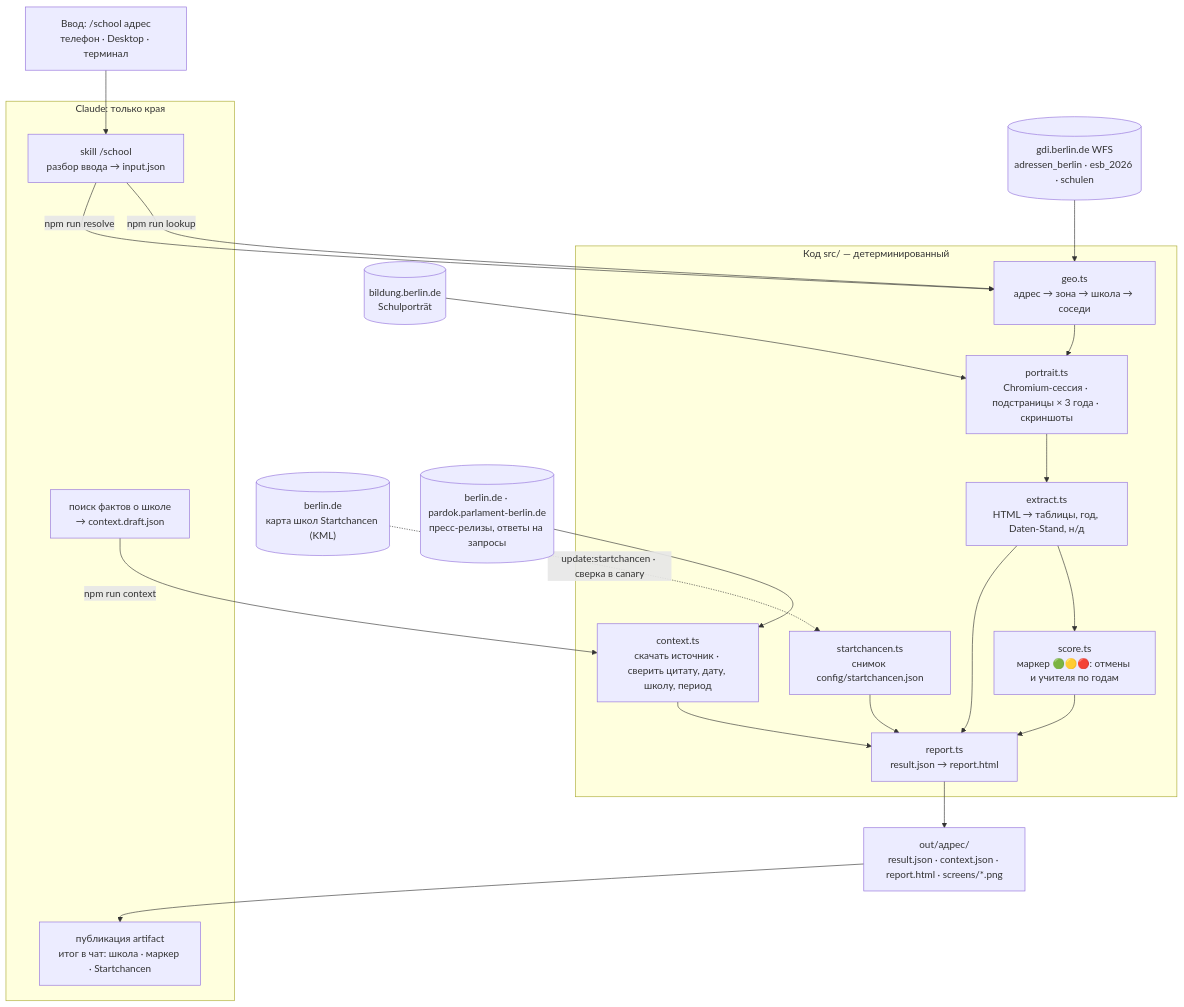
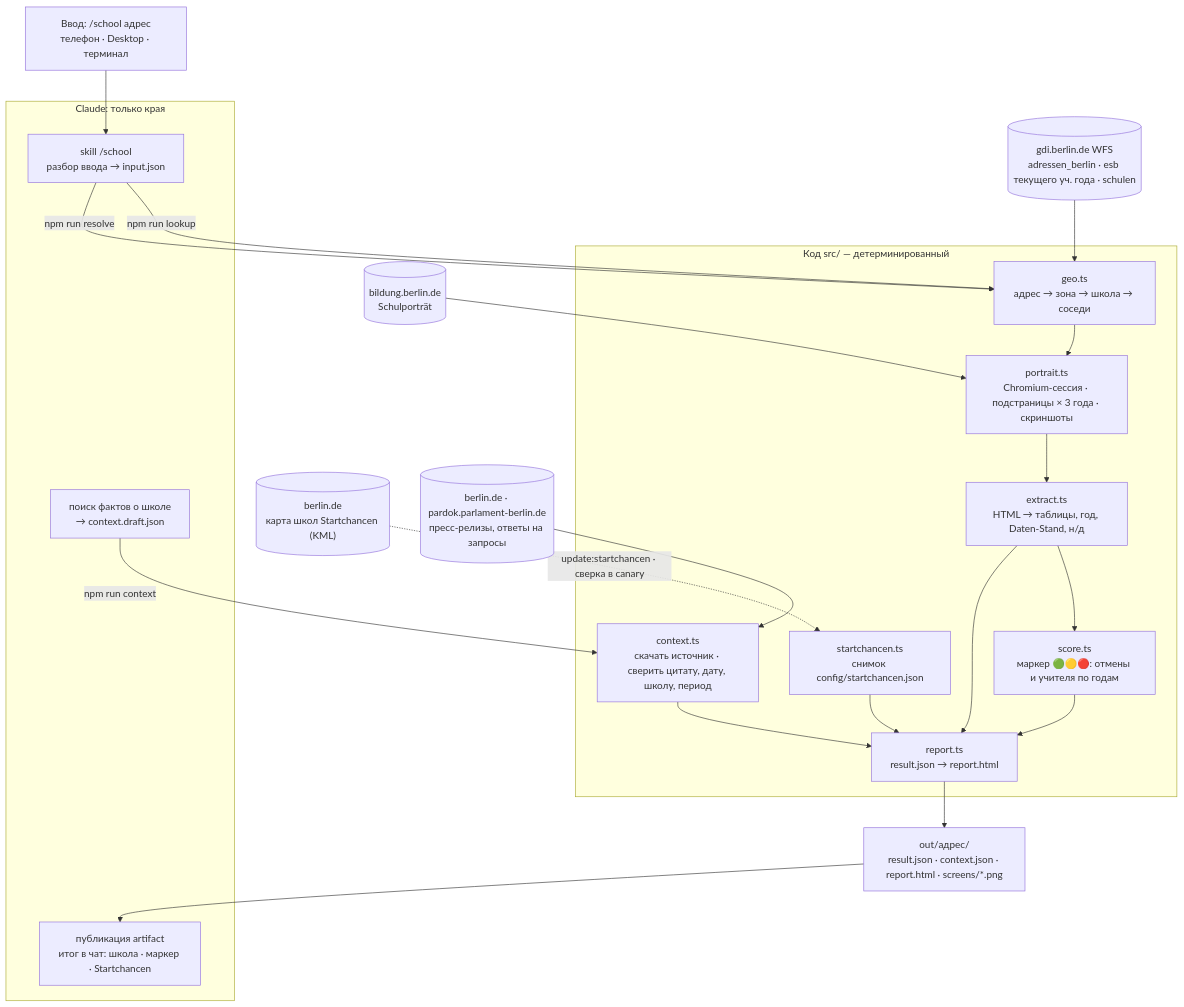
The diagram in README.md (maksimTrs/berlin-school-researcher), drawn with Mermaid before and after one commit. The commit also changed other lines of this file and 18 other files, not shown here.

````diff
--- a/README.md
+++ b/README.md
@@ -89,37 +89,37 @@
 ```mermaid
 flowchart TD
     U["Ввод: /school адрес<br/>телефон · Desktop · терминал"] --> S
 
     subgraph H["Claude: только края"]
         S["skill /school<br/>разбор ввода → input.json"]
         F["поиск фактов о школе<br/>→ context.draft.json"]
         P["публикация artifact<br/>итог в чат: школа · маркер · Startchancen"]
     end
 
     S -->|"npm run resolve"| G
     S -->|"npm run lookup"| G
     F -->|"npm run context"| CX
 
     subgraph C["Код src/ — детерминированный"]
         G["geo.ts<br/>адрес → зона → школа → соседи"]
         PT["portrait.ts<br/>Chromium-сессия · подстраницы × 3 года · скриншоты"]
         E["extract.ts<br/>HTML → таблицы, год, Daten-Stand, н/д"]
         SC["score.ts<br/>маркер 🟢🟡🔴: отмены и учителя по годам"]
         SN["startchancen.ts<br/>снимок config/startchancen.json"]
         CX["context.ts<br/>скачать источник · сверить цитату, дату, школу, период"]
         R["report.ts<br/>result.json → report.html"]
         G --> PT --> E --> R
         E --> SC --> R
         SN --> R
         CX --> R
     end
 
-    W[("gdi.berlin.de WFS<br/>adressen_berlin · esb_2026 · schulen")] --> G
+    W[("gdi.berlin.de WFS<br/>adressen_berlin · esb текущего уч. года · schulen")] --> G
     B[("bildung.berlin.de<br/>Schulporträt")] --> PT
     M[("berlin.de<br/>карта школ Startchancen (KML)")] -.->|"update:startchancen · сверка в canary"| SN
 
     D[("berlin.de · pardok.parlament-berlin.de<br/>пресс-релизы, ответы на запросы")] --> CX
 
     R --> O["out/адрес/<br/>result.json · context.json · report.html · screens/*.png"]
     O --> P
 ```
````
